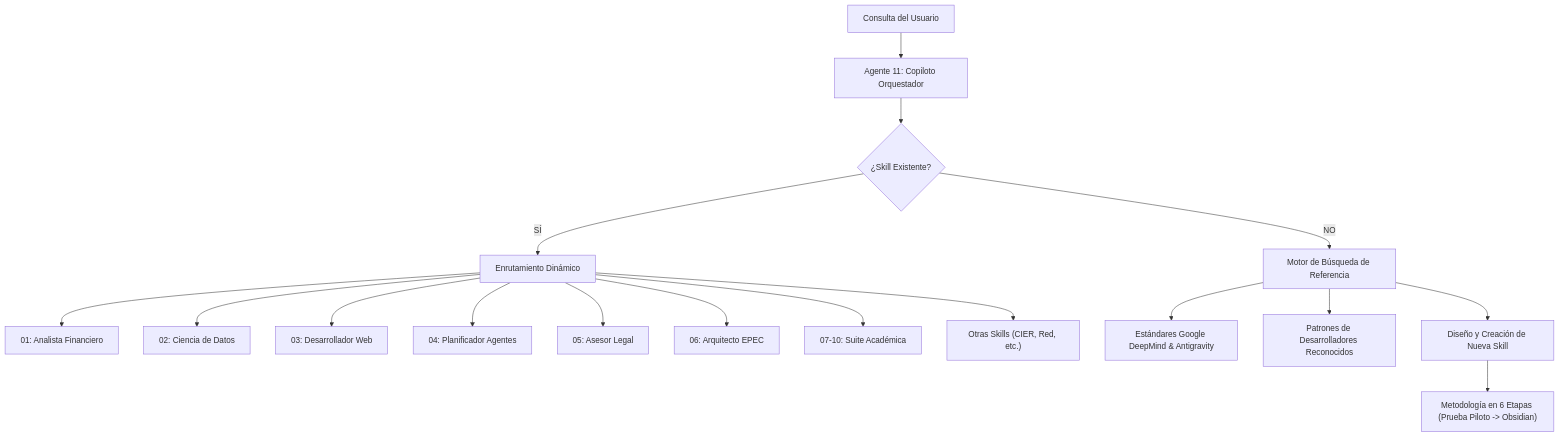
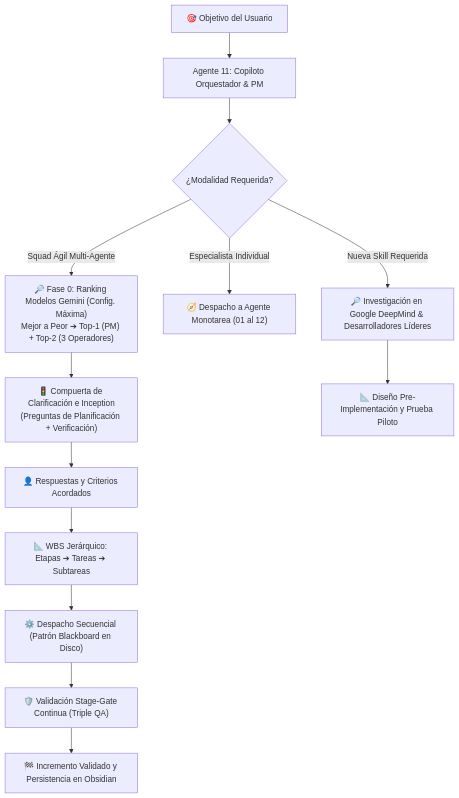
One commit to inventarioenergycpy/antigravity-agents-repository changed the diagram in docs/Agentes/11-Copiloto-Orquestador-de-Skills.md. Above: the diagram before and after it, drawn with Mermaid. The commit also changed other lines of this file and 15 other files, not shown here.

Commit message:
feat(squad): adaptabilidad multi-generacional con ranking y seleccion dinamica Top-2 de modelos Gemini

````diff
--- a/docs/Agentes/11-Copiloto-Orquestador-de-Skills.md
+++ b/docs/Agentes/11-Copiloto-Orquestador-de-Skills.md
@@ -30,22 +43,19 @@
 ```mermaid
 graph TD
-    UserQuery["Consulta del Usuario"] --> Copilot["Agente 11: Copiloto Orquestador"]
+    UserQuery["🎯 Objetivo del Usuario"] --> Copilot["Agente 11: Copiloto Orquestador & PM"]
     
-    Copilot --> Decision{"¿Skill Existente?"}
+    Copilot --> ModeChoice{"¿Modalidad Requerida?"}
     
-    Decision -- SÍ --> Dispatcher["Enrutamiento Dinámico"]
-    Dispatcher --> AF["01: Analista Financiero"]
-    Dispatcher --> CD["02: Ciencia de Datos"]
-    Dispatcher --> DW["03: Desarrollador Web"]
-    Dispatcher --> PA["04: Planificador Agentes"]
-    Dispatcher --> LF["05: Asesor Legal"]
-    Dispatcher --> ASE["06: Arquitecto EPEC"]
-    Dispatcher --> Cursos["07-10: Suite Académica"]
-    Dispatcher --> Other["Otras Skills (CIER, Red, etc.)"]
+    ModeChoice -- "Squad Ágil Multi-Agente" --> RankTop2["🔎 Fase 0: Ranking Modelos Gemini (Config. Máxima)\nMejor a Peor ➔ Top-1 (PM) + Top-2 (3 Operadores)"]
+    RankTop2 --> ClarifGate["🚦 Compuerta de Clarificación e Inception\n(Preguntas de Planificación + Verificación)"]
+    ClarifGate --> UserAlign["👤 Respuestas y Criterios Acordados"]
+    UserAlign --> WBSPlan["📐 WBS Jerárquico: Etapas ➔ Tareas ➔ Subtareas"]
+    WBSPlan --> BlackBoard["⚙️ Despacho Secuencial (Patrón Blackboard en Disco)"]
+    BlackBoard --> StageGate["🛡️ Validación Stage-Gate Continua (Triple QA)"]
+    StageGate --> FinalDone["🏁 Incremento Validado y Persistencia en Obsidian"]
     
-    Decision -- NO --> ResearchEngine["Motor de Búsqueda de Referencia"]
-    ResearchEngine --> GoogleAI["Estándares Google DeepMind & Antigravity"]
-    ResearchEngine --> TopDevs["Patrones de Desarrolladores Reconocidos"]
-    ResearchEngine --> BuildSkill["Diseño y Creación de Nueva Skill"]
-    BuildSkill --> SixStages["Metodología en 6 Etapas (Prueba Piloto -> Obsidian)"]
+    ModeChoice -- "Especialista Individual" --> SingleDispatch["🧭 Despacho a Agente Monotarea (01 al 12)"]
+    
+    ModeChoice -- "Nueva Skill Requerida" --> Research["🔎 Investigación en Google DeepMind & Desarrolladores Líderes"]
+    Research --> NewSkill["📐 Diseño Pre-Implementación y Prueba Piloto"]
 ```
````
